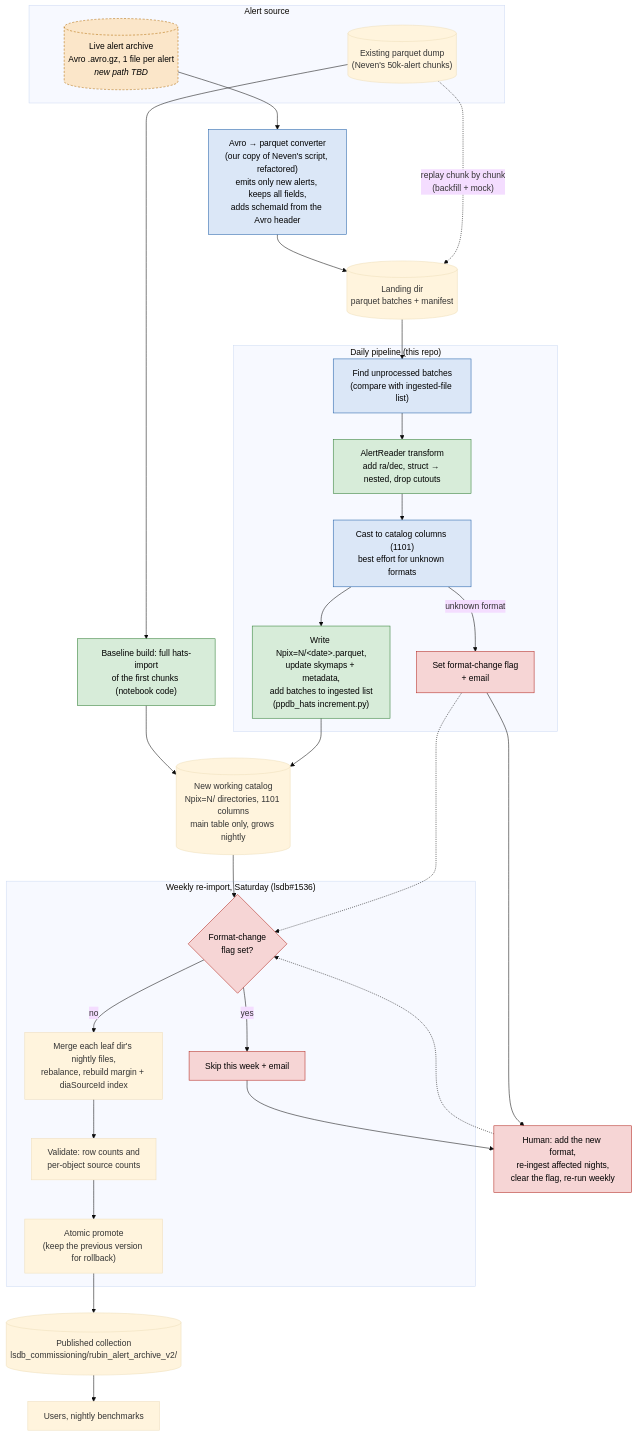
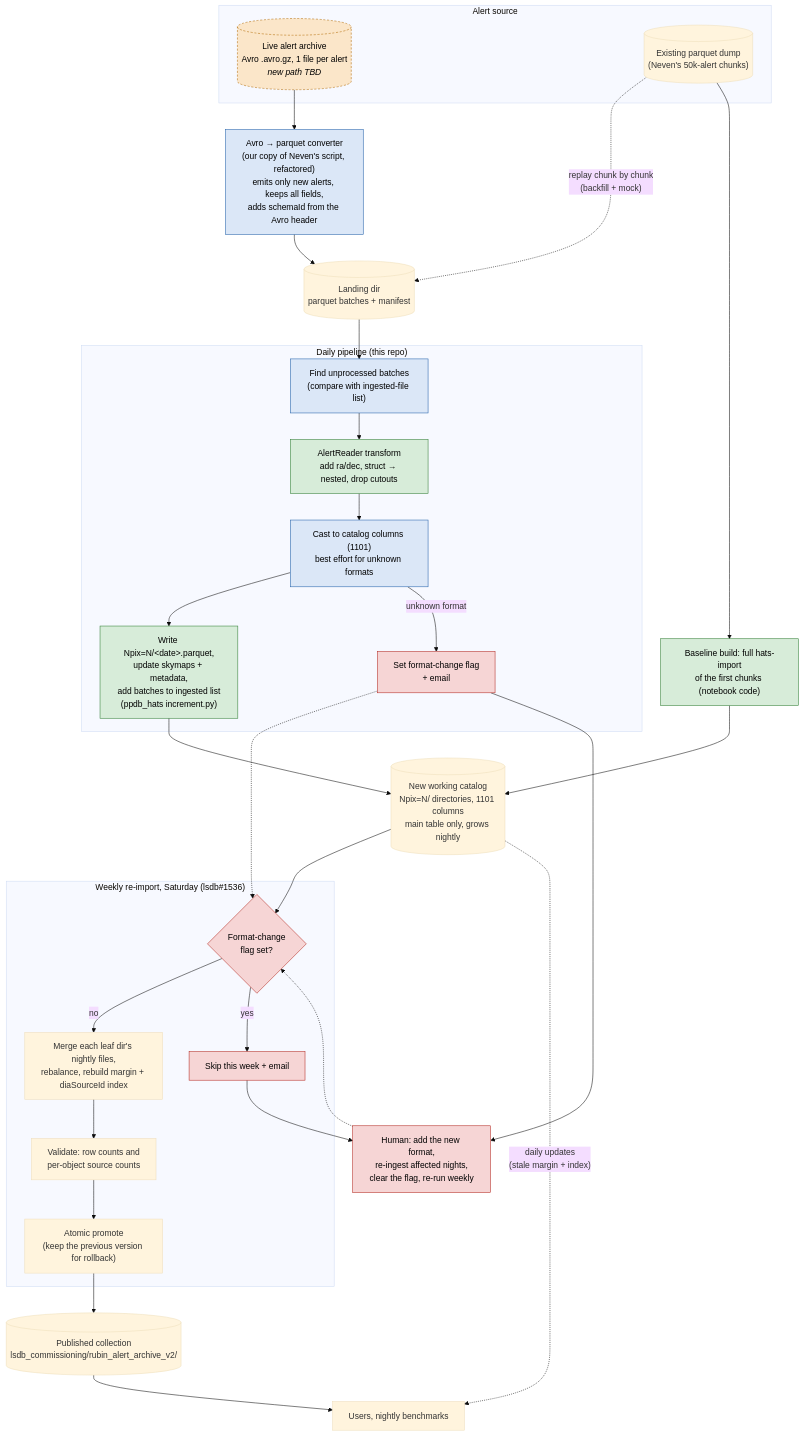
One commit to lincc-frameworks/alert-archive changed the diagram in docs/design/incremental_data_flow.md. Above: the diagram before and after it, drawn with Mermaid (base theme). The commit also changed other lines of this file, not shown here.

Commit message:
More explictly document: users can access daily updates, but margin+index cats will be stale until weekly update

````diff
--- a/docs/design/incremental_data_flow.md
+++ b/docs/design/incremental_data_flow.md
@@ -7,66 +7,67 @@
 ```mermaid
 flowchart TD
     %% ---------- sources ----------
     subgraph SRC["Alert source"]
         LIVE[("Live alert archive<br/>Avro .avro.gz, 1 file per alert<br/><i>new path TBD</i>")]
         DUMP[("Existing parquet dump<br/>(Neven's 50k-alert chunks)")]
     end
 
     %% ---------- black box ----------
     BB["Avro → parquet converter<br/>(our copy of Neven's script, refactored)<br/>emits only new alerts, keeps all fields,<br/>adds schemaId from the Avro header"]
     LAND[("Landing dir<br/>parquet batches + manifest")]
 
     LIVE --> BB --> LAND
     DUMP -.->|"replay chunk by chunk<br/>(backfill + mock)"| LAND
 
     %% ---------- bootstrap ----------
     BASE["Baseline build: full hats-import<br/>of the first chunks (notebook code)"]
     DUMP --> BASE
     WORK[("New working catalog<br/>Npix=N/ directories, 1101 columns<br/>main table only, grows nightly")]
     BASE --> WORK
 
     %% ---------- daily ----------
     subgraph DAILY["Daily pipeline (this repo)"]
         D1["Find unprocessed batches<br/>(compare with ingested-file list)"]
         D2["AlertReader transform<br/>add ra/dec, struct → nested, drop cutouts"]
         D3["Cast to catalog columns (1101)<br/>best effort for unknown formats"]
         D4["Write Npix=N/&lt;date&gt;.parquet,<br/>update skymaps + metadata,<br/>add batches to ingested list<br/>(ppdb_hats increment.py)"]
         D1 --> D2 --> D3 --> D4
         D3 -->|"unknown format"| FLAG["Set format-change flag<br/>+ email"]
     end
 
     LAND --> D1
     D4 --> WORK
 
     %% ---------- weekly (lsdb#1536) ----------
     subgraph WEEKLY["Weekly re-import, Saturday (lsdb#1536)"]
         W0{"Format-change<br/>flag set?"}
         W1["Merge each leaf dir's nightly files,<br/>rebalance, rebuild margin + diaSourceId index"]
         W2["Validate: row counts and<br/>per-object source counts"]
         W3["Atomic promote<br/>(keep the previous version for rollback)"]
         SKIP["Skip this week + email"]
         W0 -->|no| W1 --> W2 --> W3
         W0 -->|yes| SKIP
     end
 
     WORK --> W0
     FLAG -.-> W0
     HUMAN["Human: add the new format,<br/>re-ingest affected nights,<br/>clear the flag, re-run weekly"]
     FLAG --> HUMAN
     SKIP --> HUMAN
     HUMAN -.-> W0
 
     PUB[("Published collection<br/>lsdb_commissioning/rubin_alert_archive_v2/")]
     W3 --> PUB
     PUB --> USERS["Users, nightly benchmarks"]
+    WORK -.->|"daily updates<br/>(stale margin + index)"| USERS
 
     %% ---------- styling ----------
     classDef reuse fill:#d7ecd9,stroke:#2e7d32,color:#000
     classDef new fill:#dbe7f7,stroke:#1f5fa8,color:#000
     classDef tbd fill:#fbe6c9,stroke:#b26a00,color:#000,stroke-dasharray:4 3
     classDef fmt fill:#f6d5d5,stroke:#b3261e,color:#000
     class BASE,D2,D4 reuse
     class D1,D3,BB new
     class FLAG,SKIP,HUMAN,W0 fmt
     class LIVE tbd
 ```
````
